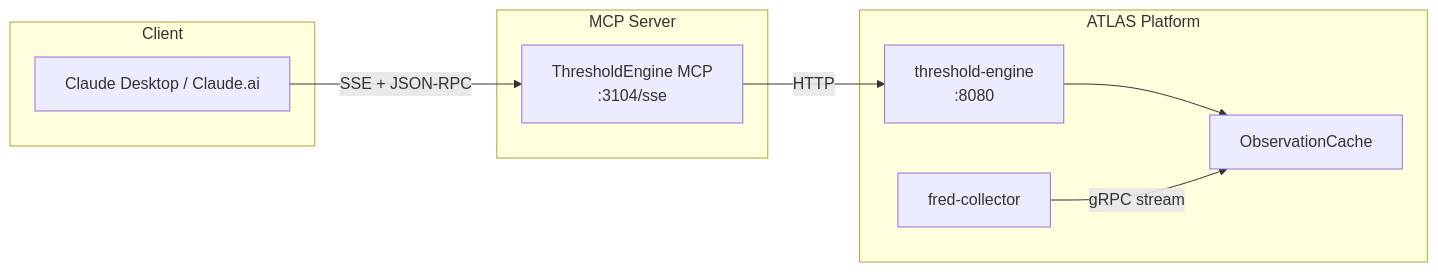
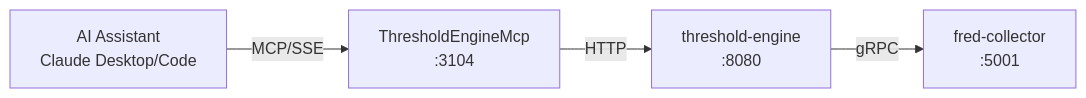
Before and after one commit to jpansarasa/ATLAS-Docs: the diagram in ThresholdEngineMcp/README.md, drawn with Mermaid. The commit also changed other lines of this file and 31 other files, not shown here.

````diff
--- a/ThresholdEngineMcp/README.md
+++ b/ThresholdEngineMcp/README.md
@@ -16,21 +11,6 @@
 ```mermaid
 flowchart LR
-    subgraph Client
-        CD[Claude Desktop / Claude.ai]
-    end
-
-    subgraph MCP Server
-        MCP[ThresholdEngine MCP\n:3104/sse]
-    end
-
-    subgraph ATLAS Platform
-        TE[threshold-engine\n:8080]
-        OC[ObservationCache]
-        FC[fred-collector]
-    end
-
-    CD -->|SSE + JSON-RPC| MCP
-    MCP -->|HTTP| TE
-    TE --> OC
-    FC -->|gRPC stream| OC
+    AI[AI Assistant<br/>Claude Desktop/Code] -->|MCP/SSE| MCP[ThresholdEngineMcp<br/>:3104]
+    MCP -->|HTTP| TE[threshold-engine<br/>:8080]
+    TE -->|gRPC| FC[fred-collector<br/>:5001]
 ```
````
